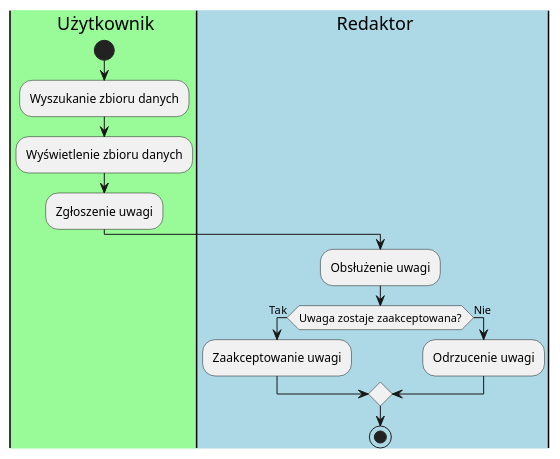
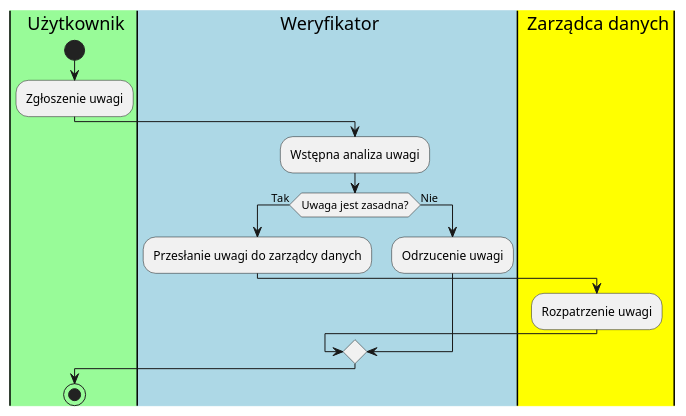
Before and after one commit to kokolodziejska/IWO: the third of 10 diagrams in dokumentacja.md, drawn with PlantUML. The commit also changed other lines of this file, not shown here.

````diff
--- a/dokumentacja.md
+++ b/dokumentacja.md
@@ -170,19 +191,22 @@
 ```puml
 @startuml
 
 |#palegreen|U| Użytkownik
 start
-:Wyszukanie zbioru danych;
-:Wyświetlenie zbioru danych;
 :Zgłoszenie uwagi;
 
-|#lightblue|R| Redaktor
-:Obsłużenie uwagi;
-if (Uwaga zostaje zaakceptowana?) then (Tak)
-  :Zaakceptowanie uwagi;
+|#lightblue|W| Weryfikator
+:Wstępna analiza uwagi;
+if (Uwaga jest zasadna?) then (Tak)
+  :Przesłanie uwagi do zarządcy danych;
+  |#yellow|Z| Zarządca danych
+  :Rozpatrzenie uwagi;
 else (Nie)
+  |W|
   :Odrzucenie uwagi;
 endif
+
+|U|
 stop
 @enduml
 ```
````
